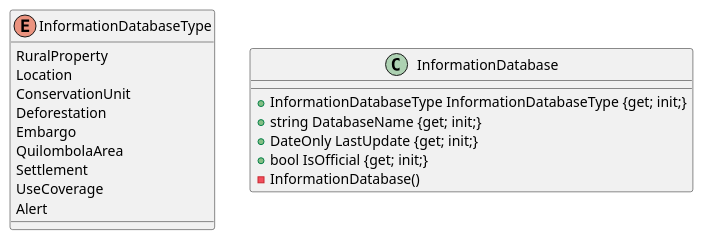
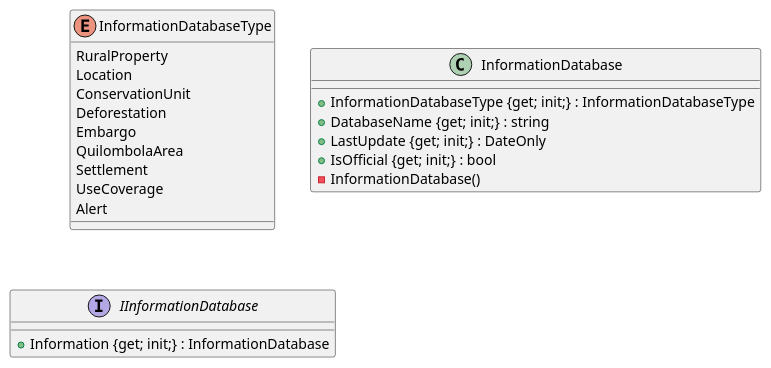
One commit to ruralgises/documentation changed the diagram in class-diagram/information-diagram.plantuml. Above: the diagram before and after it, drawn with PlantUML.

```diff
--- a/class-diagram/information-diagram.plantuml
+++ b/class-diagram/information-diagram.plantuml
@@ -1,23 +1,27 @@
 @startuml
 
 enum InformationDatabaseType {
     RuralProperty
     Location
     ConservationUnit
     Deforestation
     Embargo
     QuilombolaArea
     Settlement
     UseCoverage
     Alert
 }
 
 class InformationDatabase {
-    {method} +InformationDatabaseType InformationDatabaseType {get; init;}
-    {method} +string DatabaseName {get; init;}
-    {method} +DateOnly LastUpdate {get; init;}
-    {method} +bool IsOfficial {get; init;}
+    {method} +InformationDatabaseType {get; init;} : InformationDatabaseType
+    {method} +DatabaseName {get; init;} : string
+    {method} +LastUpdate {get; init;} : DateOnly
+    {method} +IsOfficial {get; init;} : bool
     {method} -InformationDatabase()
 }
 
+interface IInformationDatabase {
+    {method} +Information {get; init;} : InformationDatabase
+}
+
 @enduml
```
